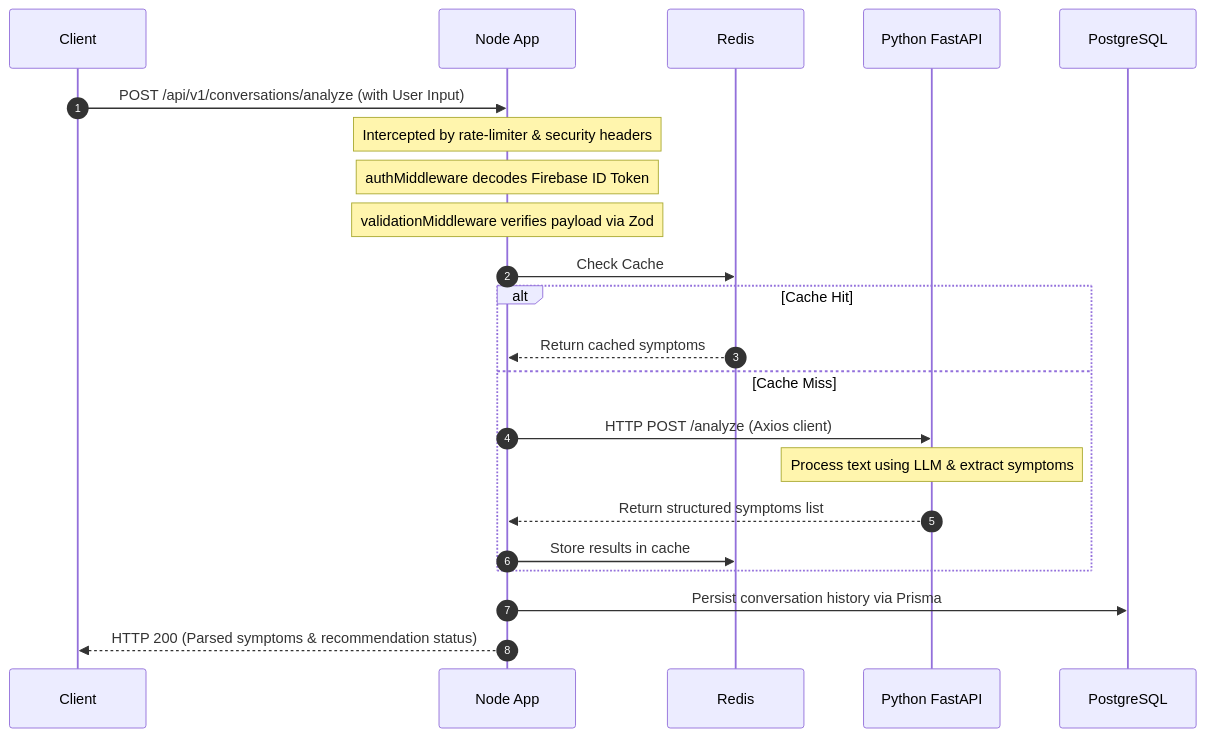
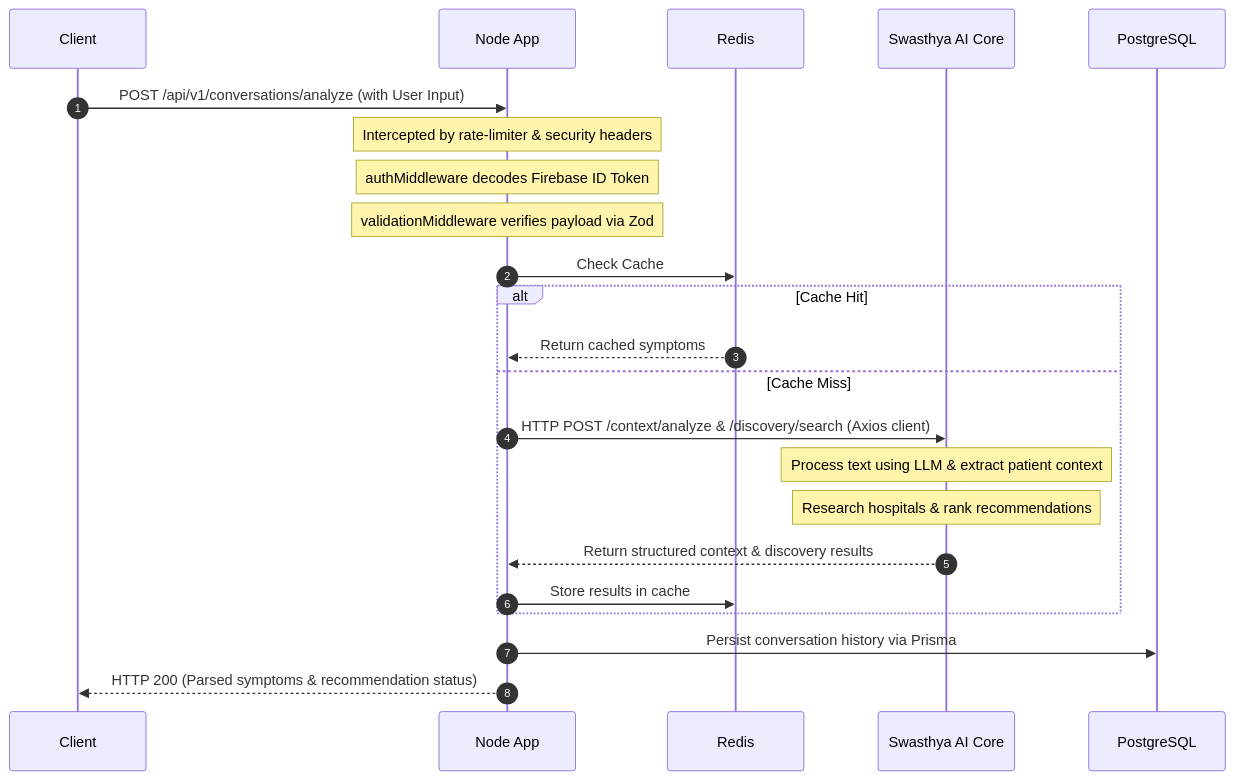
Before and after one commit to Amankumar140/MedPath: the second of 2 diagrams in server/ARCHITECTURE.md, drawn with Mermaid. The commit also changed other lines of this file and 56 other files, not shown here.

Commit message:
feat: update system services, LLM agents, location context, and backend APIs

````diff
--- a/server/ARCHITECTURE.md
+++ b/server/ARCHITECTURE.md
@@ -75,19 +75,20 @@
 ```mermaid
 sequenceDiagram
     autonumber
     Client->>Node App: POST /api/v1/conversations/analyze (with User Input)
     Note over Node App: Intercepted by rate-limiter & security headers
     Note over Node App: authMiddleware decodes Firebase ID Token
     Note over Node App: validationMiddleware verifies payload via Zod
     Node App->>Redis: Check Cache
     alt Cache Hit
         Redis-->>Node App: Return cached symptoms
     else Cache Miss
-        Node App->>Python FastAPI: HTTP POST /analyze (Axios client)
-        Note over Python FastAPI: Process text using LLM & extract symptoms
-        Python FastAPI-->>Node App: Return structured symptoms list
+        Node App->>Swasthya AI Core: HTTP POST /context/analyze & /discovery/search (Axios client)
+        Note over Swasthya AI Core: Process text using LLM & extract patient context
+        Note over Swasthya AI Core: Research hospitals & rank recommendations
+        Swasthya AI Core-->>Node App: Return structured context & discovery results
         Node App->>Redis: Store results in cache
     end
     Node App->>PostgreSQL: Persist conversation history via Prisma
     Node App-->>Client: HTTP 200 (Parsed symptoms & recommendation status)
 ```
````
